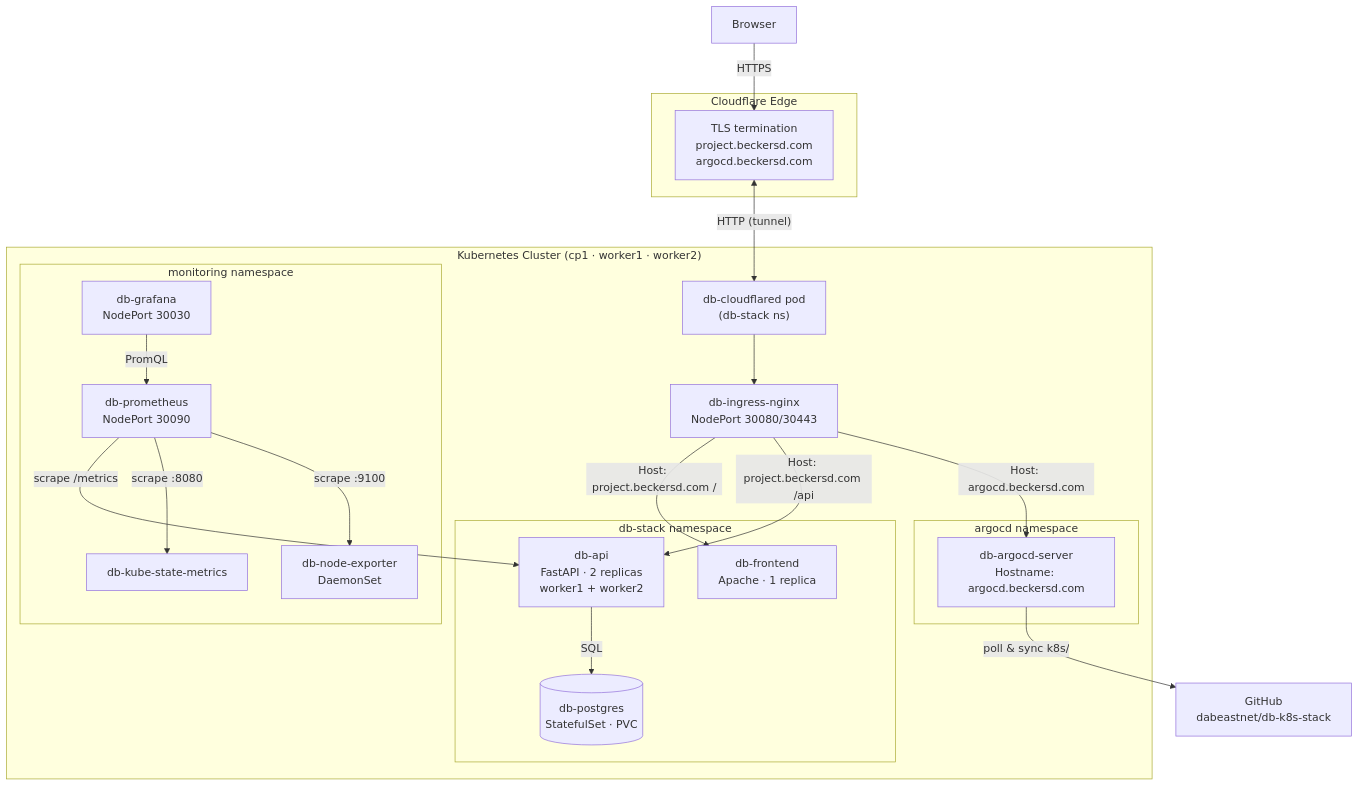
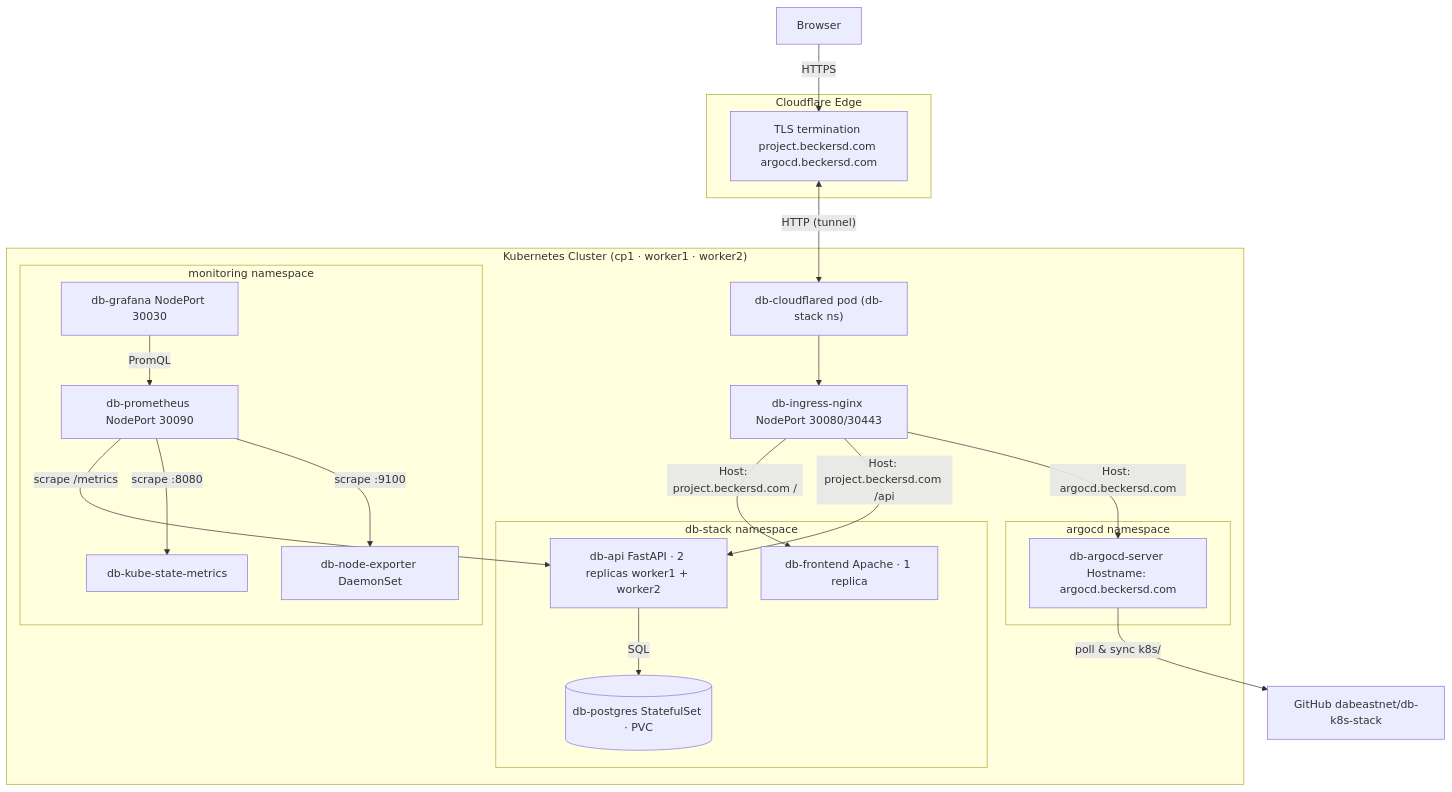
Before and after one commit to dabeastnet/db-k8s-stack: the diagram in README.md, drawn with Mermaid.

````diff
--- a/README.md
+++ b/README.md
@@ -20,45 +20,45 @@
 ```mermaid
 graph TD
   Browser["Browser"]
 
   subgraph CF["Cloudflare Edge"]
-    CFEdge["TLS termination\nproject.beckersd.com\nargocd.beckersd.com"]
+    CFEdge["TLS termination project.beckersd.com argocd.beckersd.com"]
   end
 
   subgraph K8s["Kubernetes Cluster  (cp1 · worker1 · worker2)"]
-    CFPod["db-cloudflared pod\n(db-stack ns)"]
-    Ingress["db-ingress-nginx\nNodePort 30080/30443"]
+    CFPod["db-cloudflared pod (db-stack ns)"]
+    Ingress["db-ingress-nginx NodePort 30080/30443"]
 
     subgraph AppNS["db-stack namespace"]
-      Frontend["db-frontend\nApache · 1 replica"]
-      API["db-api\nFastAPI · 2 replicas\nworker1 + worker2"]
-      DB[("db-postgres\nStatefulSet · PVC")]
+      Frontend["db-frontend Apache · 1 replica"]
+      API["db-api FastAPI · 2 replicas worker1 + worker2"]
+      DB[("db-postgres StatefulSet · PVC")]
     end
 
     subgraph MonNS["monitoring namespace"]
-      Prometheus["db-prometheus\nNodePort 30090"]
-      Grafana["db-grafana\nNodePort 30030"]
+      Prometheus["db-prometheus NodePort 30090"]
+      Grafana["db-grafana NodePort 30030"]
       KSM["db-kube-state-metrics"]
-      NE["db-node-exporter\nDaemonSet"]
+      NE["db-node-exporter DaemonSet"]
     end
 
     subgraph ArgoCDNS["argocd namespace"]
-      ArgoCD["db-argocd-server\nHostname: argocd.beckersd.com"]
+      ArgoCD["db-argocd-server Hostname: argocd.beckersd.com"]
     end
   end
 
-  GitHub["GitHub\ndabeastnet/db-k8s-stack"]
+  GitHub["GitHub dabeastnet/db-k8s-stack"]
 
   Browser -->|"HTTPS"| CFEdge
   CFEdge <-->|"HTTP (tunnel)"| CFPod
   CFPod --> Ingress
   Ingress -->|"Host: project.beckersd.com /"| Frontend
   Ingress -->|"Host: project.beckersd.com /api"| API
   Ingress -->|"Host: argocd.beckersd.com"| ArgoCD
   API -->|SQL| DB
   Prometheus -->|scrape /metrics| API
   Prometheus -->|scrape :8080| KSM
   Prometheus -->|scrape :9100| NE
   Grafana -->|PromQL| Prometheus
   ArgoCD -->|"poll & sync k8s/"| GitHub
 ```
````
